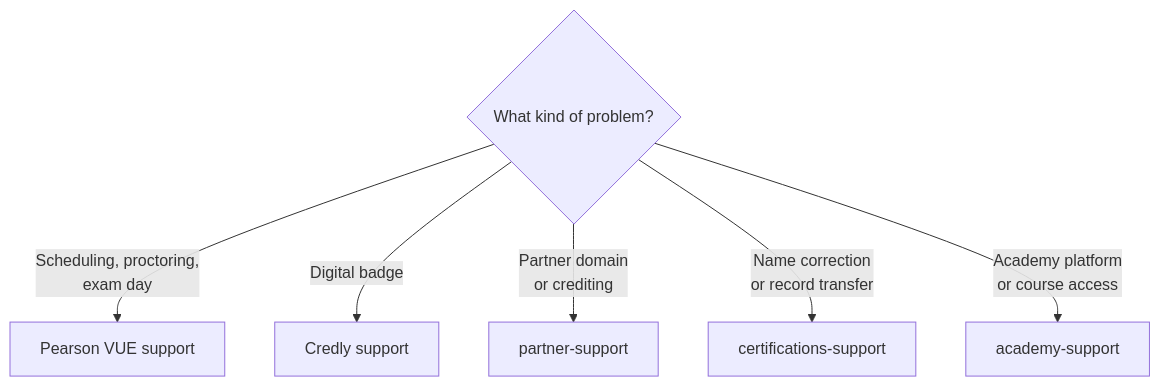
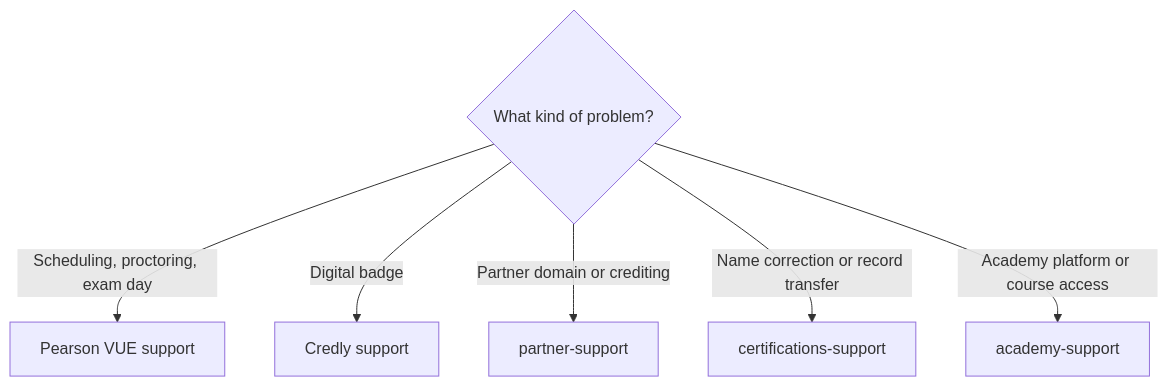
The third of 3 diagrams in guide/registration.md (Amey-Thakur/CLAUDE-CERTIFICATIONS), drawn with Mermaid before and after one commit. The commit also changed other lines of this file and 3 other files, not shown here.

````diff
--- a/guide/registration.md
+++ b/guide/registration.md
@@ -99,13 +97,9 @@
 ```mermaid
 flowchart TD
     P{What kind of problem?}
-    P -->|Scheduling, proctoring,
-exam day| PV[Pearson VUE support]
+    P -->|Scheduling, proctoring, exam day| PV[Pearson VUE support]
     P -->|Digital badge| CR[Credly support]
-    P -->|Partner domain
-or crediting| PS[partner-support]
-    P -->|Name correction
-or record transfer| CS[certifications-support]
-    P -->|Academy platform
-or course access| AS[academy-support]
+    P -->|Partner domain or crediting| PS[partner-support]
+    P -->|Name correction or record transfer| CS[certifications-support]
+    P -->|Academy platform or course access| AS[academy-support]
 ```
````
